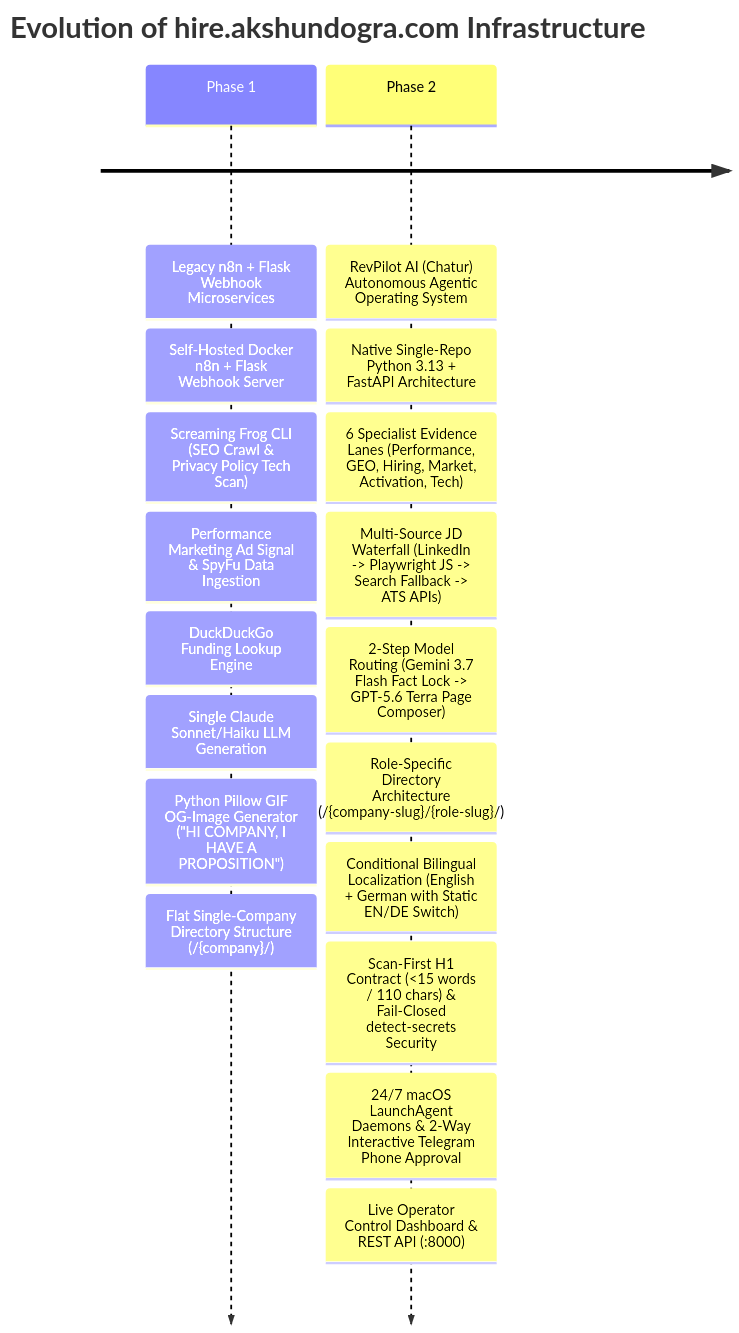
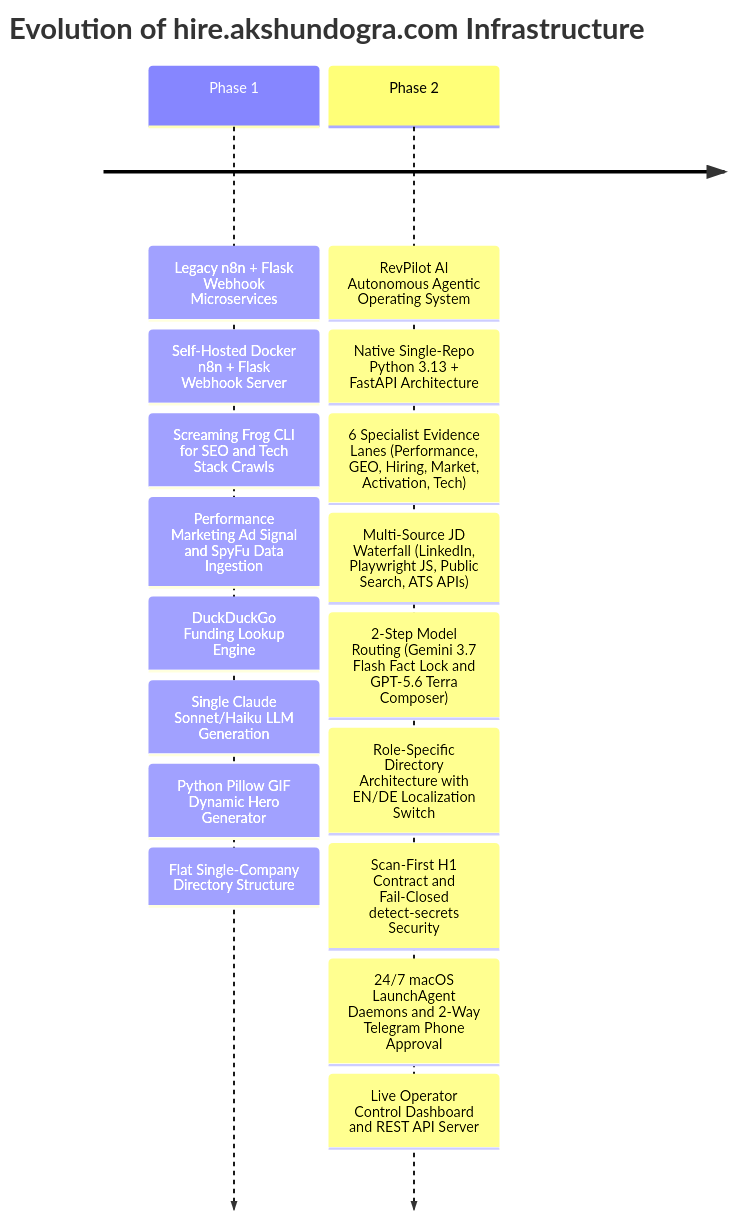
One commit to akshundogra/hire changed the first of 3 diagrams in README.md. Above: the diagram before and after it, drawn with Mermaid. The commit also changed other lines of this file, not shown here.

Commit message:
fix(docs): quote labels in mermaid diagrams to resolve parsing error

````diff
--- a/README.md
+++ b/README.md
@@ -18,22 +18,21 @@
 ```mermaid
 timeline
     title Evolution of hire.akshundogra.com Infrastructure
     Phase 1 : Legacy n8n + Flask Webhook Microservices
             : Self-Hosted Docker n8n + Flask Webhook Server
-            : Screaming Frog CLI (SEO Crawl & Privacy Policy Tech Scan)
-            : Performance Marketing Ad Signal & SpyFu Data Ingestion
+            : Screaming Frog CLI for SEO and Tech Stack Crawls
+            : Performance Marketing Ad Signal and SpyFu Data Ingestion
             : DuckDuckGo Funding Lookup Engine
             : Single Claude Sonnet/Haiku LLM Generation
-            : Python Pillow GIF OG-Image Generator ("HI COMPANY, I HAVE A PROPOSITION")
-            : Flat Single-Company Directory Structure (/{company}/)
-    Phase 2 : RevPilot AI (Chatur) Autonomous Agentic Operating System
+            : Python Pillow GIF Dynamic Hero Generator
+            : Flat Single-Company Directory Structure
+    Phase 2 : RevPilot AI Autonomous Agentic Operating System
             : Native Single-Repo Python 3.13 + FastAPI Architecture
             : 6 Specialist Evidence Lanes (Performance, GEO, Hiring, Market, Activation, Tech)
-            : Multi-Source JD Waterfall (LinkedIn -> Playwright JS -> Search Fallback -> ATS APIs)
-            : 2-Step Model Routing (Gemini 3.7 Flash Fact Lock -> GPT-5.6 Terra Page Composer)
-            : Role-Specific Directory Architecture (/{company-slug}/{role-slug}/)
-            : Conditional Bilingual Localization (English + German with Static EN/DE Switch)
-            : Scan-First H1 Contract (<15 words / 110 chars) & Fail-Closed detect-secrets Security
-            : 24/7 macOS LaunchAgent Daemons & 2-Way Interactive Telegram Phone Approval
-            : Live Operator Control Dashboard & REST API (:8000)
+            : Multi-Source JD Waterfall (LinkedIn, Playwright JS, Public Search, ATS APIs)
+            : 2-Step Model Routing (Gemini 3.7 Flash Fact Lock and GPT-5.6 Terra Composer)
+            : Role-Specific Directory Architecture with EN/DE Localization Switch
+            : Scan-First H1 Contract and Fail-Closed detect-secrets Security
+            : 24/7 macOS LaunchAgent Daemons and 2-Way Telegram Phone Approval
+            : Live Operator Control Dashboard and REST API Server
 ```
````
